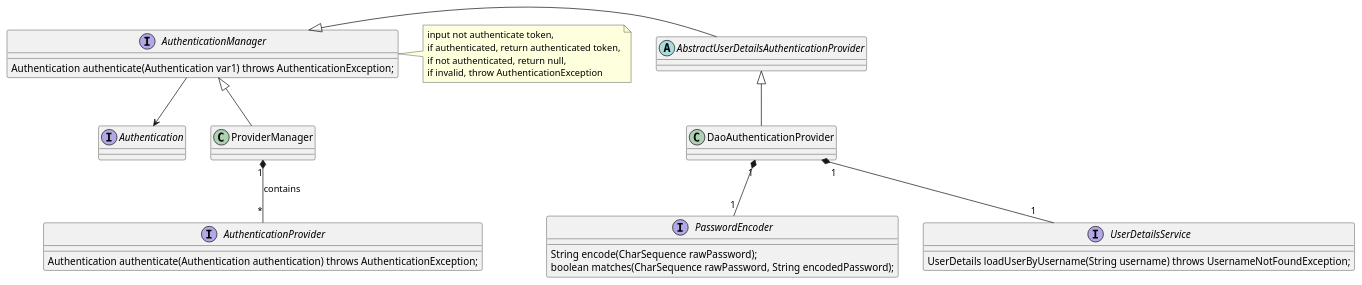
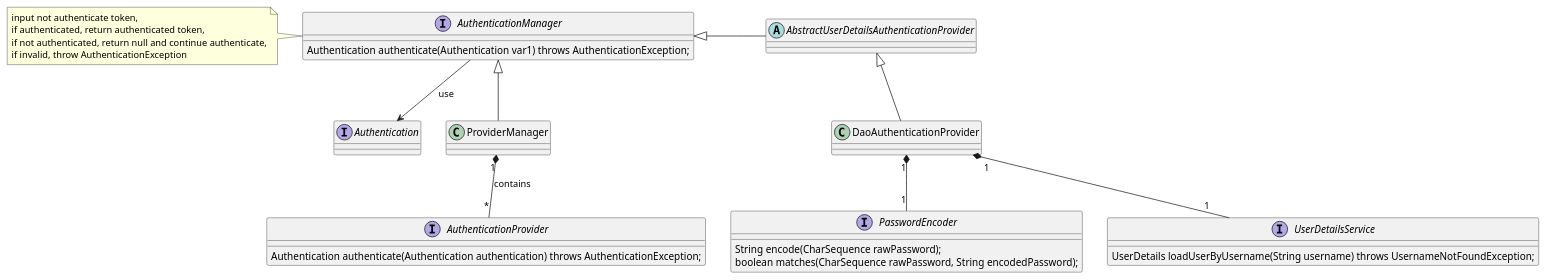
One commit to xiayy860612/identity-access-management changed the diagram in doc/authentication.puml. Above: the diagram before and after it, drawn with PlantUML.

Commit message:
update puml

```diff
--- a/doc/authentication.puml
+++ b/doc/authentication.puml
@@ -1,46 +1,46 @@
 @startuml
 
 interface Authentication
 
 interface AuthenticationManager {
     Authentication authenticate(Authentication var1) throws AuthenticationException;
 }
-
-AuthenticationManager --> Authentication
-note right
+note left
 input not authenticate token,
 if authenticated, return authenticated token,
-if not authenticated, return null,
+if not authenticated, return null and continue authenticate,
 if invalid, throw AuthenticationException
 end note
+
+AuthenticationManager --> Authentication: use
 
 class ProviderManager
 
 AuthenticationManager <|-- ProviderManager
 
 interface AuthenticationProvider {
     Authentication authenticate(Authentication authentication) throws AuthenticationException;
 }
 
 ProviderManager "1" *-- "*" AuthenticationProvider: contains
 'ProviderManager "1" o-- "0..1" AuthenticationManager: parent
 
 abstract class AbstractUserDetailsAuthenticationProvider
 
 AbstractUserDetailsAuthenticationProvider -left-|> AuthenticationManager
 
 DaoAuthenticationProvider -up-|> AbstractUserDetailsAuthenticationProvider
 
 interface UserDetailsService {
     UserDetails loadUserByUsername(String username) throws UsernameNotFoundException;
 }
 
 interface PasswordEncoder {
     String encode(CharSequence rawPassword);
     boolean matches(CharSequence rawPassword, String encodedPassword);
 }
 
 DaoAuthenticationProvider "1" *-- "1" UserDetailsService
 DaoAuthenticationProvider "1" *-- "1" PasswordEncoder
 
 @enduml
```
